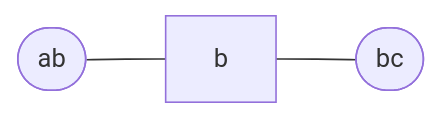
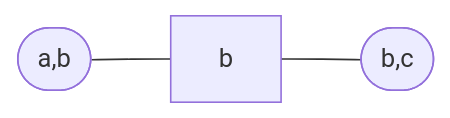
The second of 2 diagrams in notes/202211031203.md (dbatten5/notes), drawn with Mermaid before and after one commit. The commit also changed other lines of this file and 24 other files, not shown here.

````diff
--- a/notes/202211031203.md
+++ b/notes/202211031203.md
@@ -16,4 +79,4 @@
 ```mermaid
 flowchart LR
-  ab([ab]) --- b[b] --- bc([bc])
+  ab([a,b])---b[b]---bc([b,c])
 ```
````
